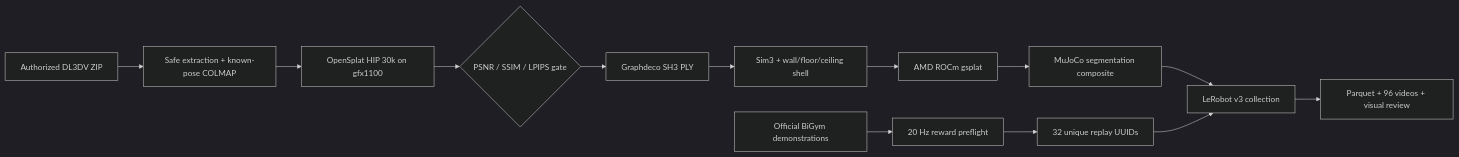
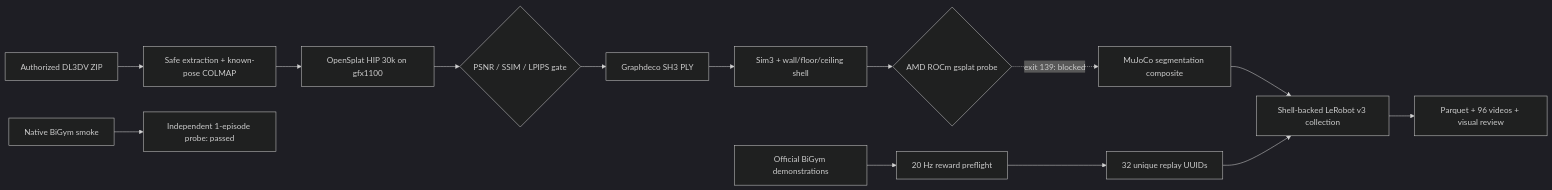
One commit to eust-w/amd-bigym-3dgs-rocm changed the diagram in README.md. Above: the diagram before and after it, drawn with Mermaid (dark theme). The commit also changed other lines of this file and 19 other files, not shown here.

````diff
--- a/README.md
+++ b/README.md
@@ -73,15 +79,16 @@
 ```mermaid
 flowchart LR
   A[Authorized DL3DV ZIP] --> B[Safe extraction + known-pose COLMAP]
   B --> C[OpenSplat HIP 30k on gfx1100]
   C --> D{PSNR / SSIM / LPIPS gate}
   D --> E[Graphdeco SH3 PLY]
   E --> F[Sim3 + wall/floor/ceiling shell]
-  F --> G[AMD ROCm gsplat]
-  G --> H[MuJoCo segmentation composite]
+  F --> G{AMD ROCm gsplat probe}
+  G -. exit 139: blocked .-> H[MuJoCo segmentation composite]
   I[Official BiGym demonstrations] --> J[20 Hz reward preflight]
   J --> K[32 unique replay UUIDs]
-  H --> L[LeRobot v3 collection]
+  H --> L[Shell-backed LeRobot v3 collection]
   K --> L
   L --> M[Parquet + 96 videos + visual review]
+  N[Native BiGym smoke] --> O[Independent 1-episode probe: passed]
 ```
````
